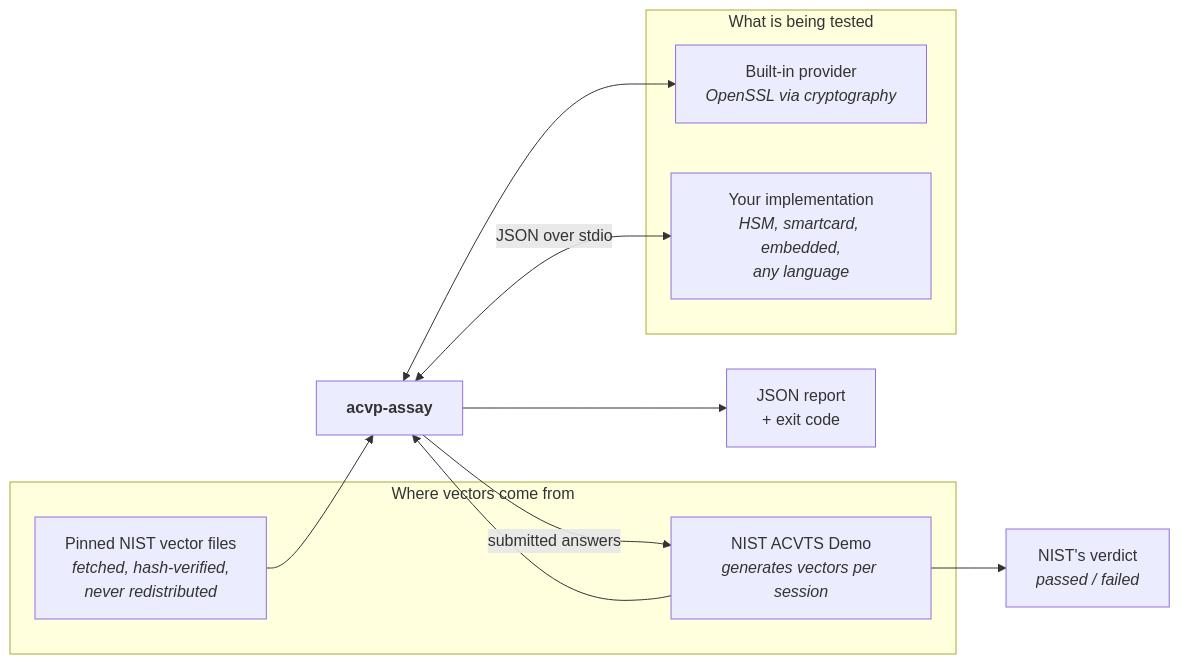
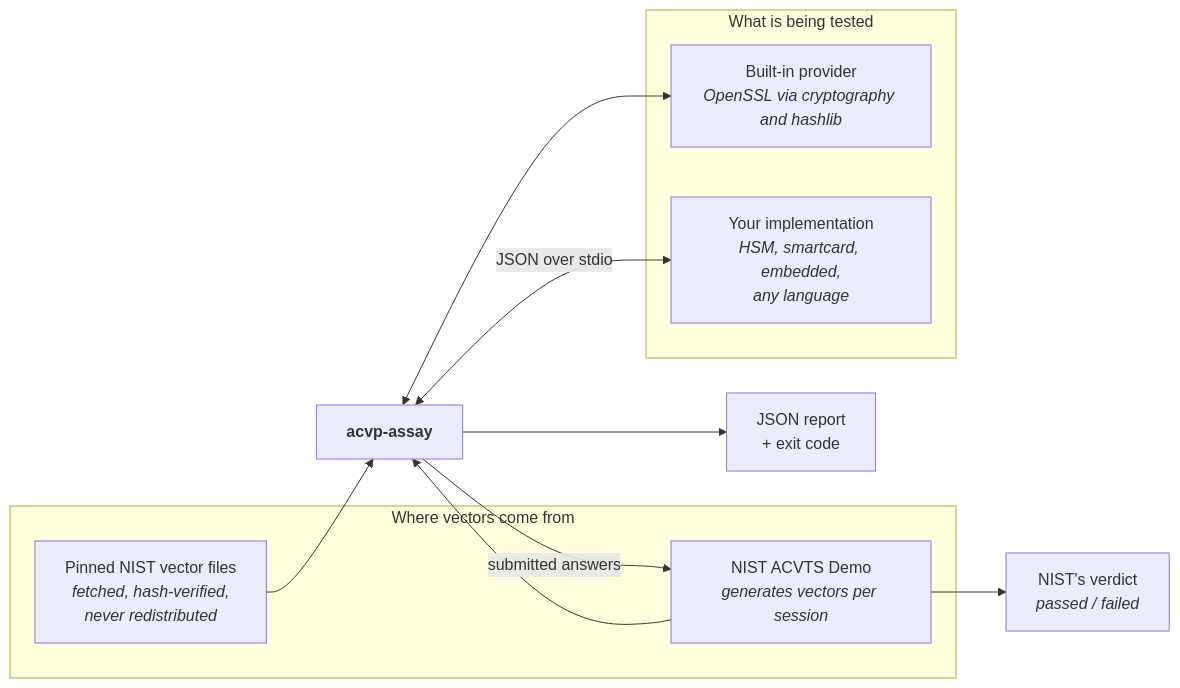
One commit to Govardhan527/acvp-assay changed the first of 9 diagrams in docs/design.md. Above: the diagram before and after it, drawn with Mermaid. The commit also changed other lines of this file and 8 other files, not shown here.

First line of the commit message:
Describe the built-in provider by the libraries it actually uses

````diff
--- a/docs/design.md
+++ b/docs/design.md
@@ -23,25 +23,25 @@
 ```mermaid
 flowchart LR
     subgraph sources["Where vectors come from"]
         pinned["Pinned NIST vector files<br/><i>fetched, hash-verified,<br/>never redistributed</i>"]
         acvts["NIST ACVTS Demo<br/><i>generates vectors per session</i>"]
     end
 
     assay["<b>acvp-assay</b>"]
 
     subgraph under["What is being tested"]
-        builtin["Built-in provider<br/><i>OpenSSL via cryptography</i>"]
+        builtin["Built-in provider<br/><i>OpenSSL via cryptography and hashlib</i>"]
         vendor["Your implementation<br/><i>HSM, smartcard, embedded,<br/>any language</i>"]
     end
 
     report["JSON report<br/>+ exit code"]
     verdict["NIST's verdict<br/><i>passed / failed</i>"]
 
     pinned --> assay
     acvts --> assay
     assay <--> builtin
     assay <-->|"JSON over stdio"| vendor
     assay --> report
     assay -->|"submitted answers"| acvts
     acvts --> verdict
 ```
````
